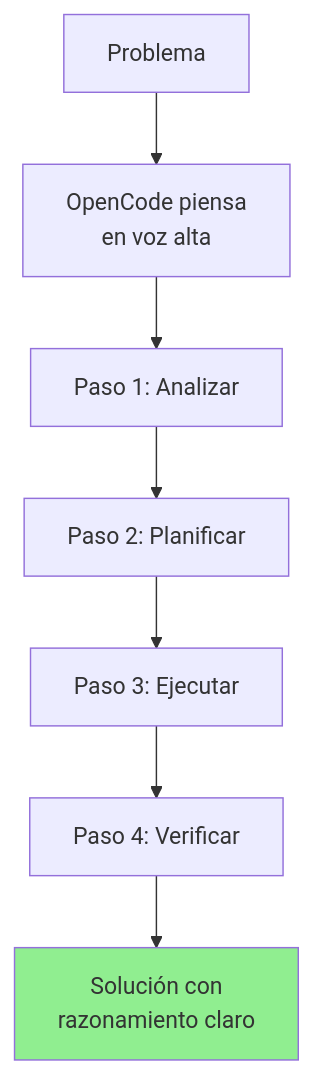
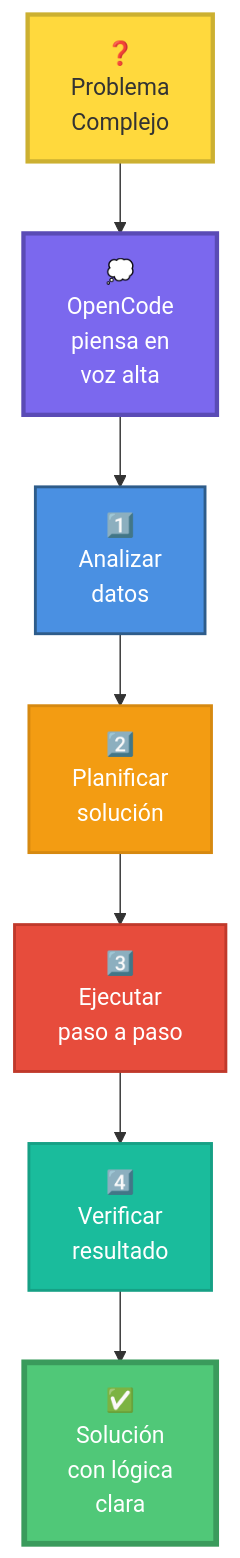
Diagram 11 of 18 in courses/🟡-development/FPUNA-2026/00-FUNDAMENTOS-PRINCIPALES/03-ingenieria-prompts.md (Ai-Whisperers/Courses-Content), drawn with Mermaid before and after one commit. The commit also changed other lines of this file, not shown here.

First line of the commit message:
Improve 10/18 Mermaid diagrams in 03-ingenieria-prompts.md

````diff
--- a/courses/🟡-development/FPUNA-2026/00-FUNDAMENTOS-PRINCIPALES/03-ingenieria-prompts.md
+++ b/courses/🟡-development/FPUNA-2026/00-FUNDAMENTOS-PRINCIPALES/03-ingenieria-prompts.md
@@ -646,11 +660,17 @@
 ```mermaid
 flowchart TD
-    A[Problema] --> B[OpenCode piensa<br/>en voz alta]
-    B --> C[Paso 1: Analizar]
-    C --> D[Paso 2: Planificar]
-    D --> E[Paso 3: Ejecutar]
-    E --> F[Paso 4: Verificar]
-    F --> G[Solución con<br/>razonamiento claro]
+    A["❓<br/>Problema<br/>Complejo"] --> B["💭<br/>OpenCode<br/>piensa en<br/>voz alta"]
+    B --> C["1️⃣<br/>Analizar<br/>datos"]
+    C --> D["2️⃣<br/>Planificar<br/>solución"]
+    D --> E["3️⃣<br/>Ejecutar<br/>paso a paso"]
+    E --> F["4️⃣<br/>Verificar<br/>resultado"]
+    F --> G["✅<br/>Solución<br/>con lógica<br/>clara"]
     
-    style G fill:#90EE90
+    style A fill:#FFD93D,stroke:#CCB031,stroke-width:3px,color:#333
+    style B fill:#7B68EE,stroke:#5A4BB5,stroke-width:3px,color:#fff
+    style C fill:#4A90E2,stroke:#2E5C8A,stroke-width:2px,color:#fff
+    style D fill:#F39C12,stroke:#D68910,stroke-width:2px,color:#fff
+    style E fill:#E74C3C,stroke:#C0392B,stroke-width:2px,color:#fff
+    style F fill:#1ABC9C,stroke:#16A085,stroke-width:2px,color:#fff
+    style G fill:#50C878,stroke:#3A9B5C,stroke-width:4px,color:#fff
 ```
````
